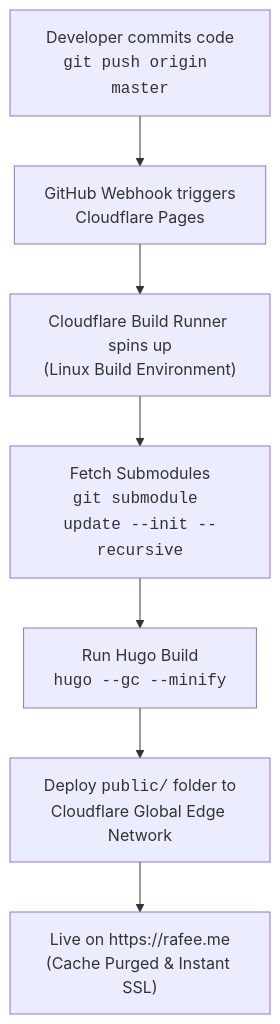
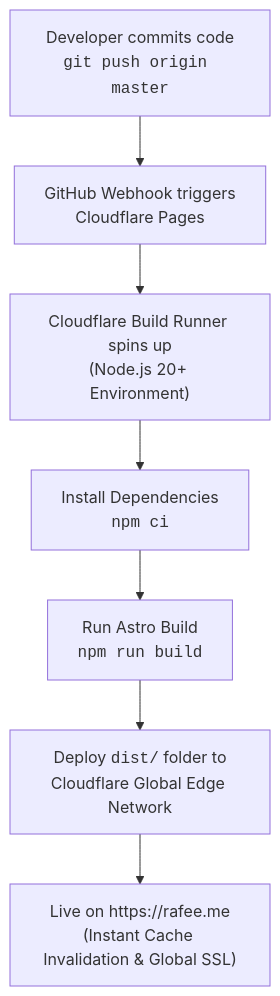
One commit to rafee/rafee.me changed the diagram in README.md. Above: the diagram before and after it, drawn with Mermaid. The commit also changed other lines of this file and 77 other files, not shown here.

Commit message:
Migrate site architecture from Hugo to Astro v5

````diff
--- a/README.md
+++ b/README.md
@@ -25,9 +28,9 @@
 ```mermaid
 flowchart TD
     A["Developer commits code<br/><code>git push origin master</code>"] --> B["GitHub Webhook triggers<br/>Cloudflare Pages"]
-    B --> C["Cloudflare Build Runner spins up<br/>(Linux Build Environment)"]
-    C --> D["Fetch Submodules<br/><code>git submodule update --init --recursive</code>"]
-    D --> E["Run Hugo Build<br/><code>hugo --gc --minify</code>"]
-    E --> F["Deploy <code>public/</code> folder to<br/>Cloudflare Global Edge Network"]
-    F --> G["Live on https://rafee.me<br/>(Cache Purged & Instant SSL)"]
+    B --> C["Cloudflare Build Runner spins up<br/>(Node.js 20+ Environment)"]
+    C --> D["Install Dependencies<br/><code>npm ci</code>"]
+    D --> E["Run Astro Build<br/><code>npm run build</code>"]
+    E --> F["Deploy <code>dist/</code> folder to<br/>Cloudflare Global Edge Network"]
+    F --> G["Live on https://rafee.me<br/>(Instant Cache Invalidation & Global SSL)"]
 ```
````
